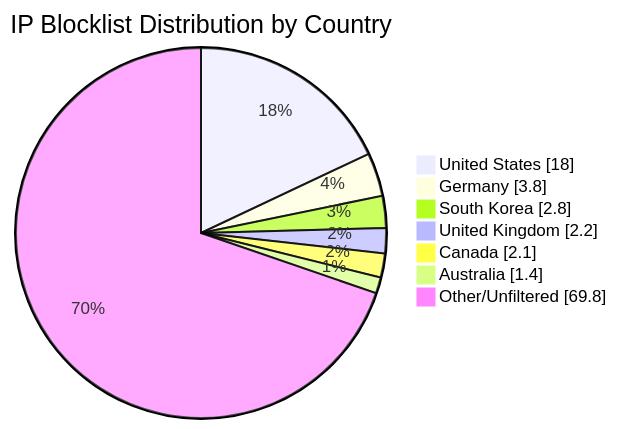
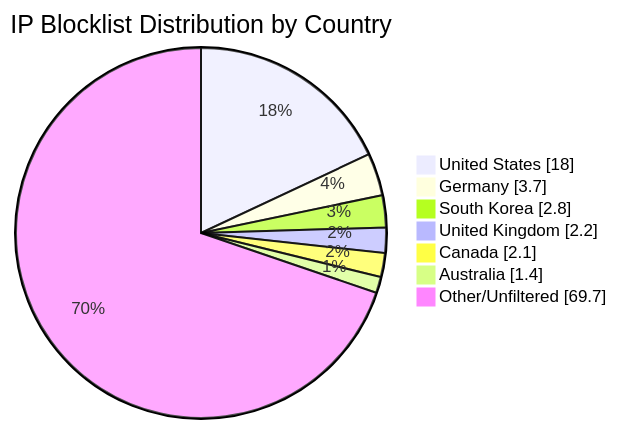
Before and after one commit to MarcusHoltz/ipblocklist-geofiltered-aggregator: the diagram in README.md, drawn with Mermaid. The commit also changed other lines of this file and 9 other files, not shown here.

````diff
--- a/README.md
+++ b/README.md
@@ -34,10 +34,10 @@
 ```mermaid
 pie showData title IP Blocklist Distribution by Country
 "United States" : 18.0
-"Germany" : 3.8
+"Germany" : 3.7
 "South Korea" : 2.8
 "United Kingdom" : 2.2
 "Canada" : 2.1
 "Australia" : 1.4
-"Other/Unfiltered" : 69.8
+"Other/Unfiltered" : 69.7
 ```
````
